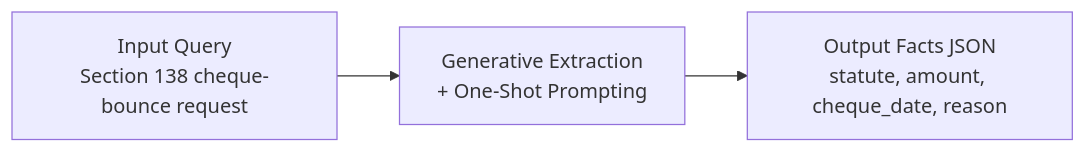
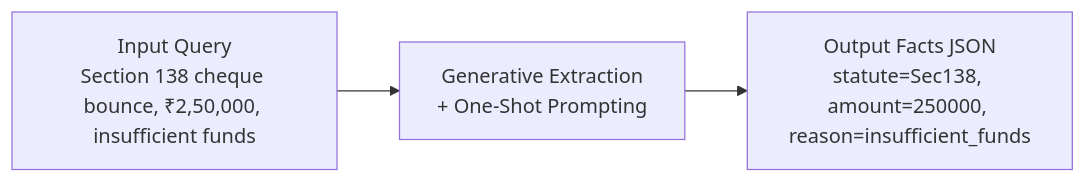
One commit to delisha02/droitdraft changed the first of 8 diagrams in docs/implementation.md. Above: the diagram before and after it, drawn with Mermaid. The commit also changed other lines of this file, not shown here.

````diff
--- a/docs/implementation.md
+++ b/docs/implementation.md
@@ -46,8 +46,8 @@
 ```mermaid
 flowchart LR
     Q["Input Query
-Section 138 cheque-bounce request"] --> EX["Generative Extraction
+Section 138 cheque bounce, ₹2,50,000, insufficient funds"] --> EX["Generative Extraction
 + One-Shot Prompting"]
     EX --> F["Output Facts JSON
-statute, amount, cheque_date, reason"]
+statute=Sec138, amount=250000, reason=insufficient_funds"]
 ```
````
